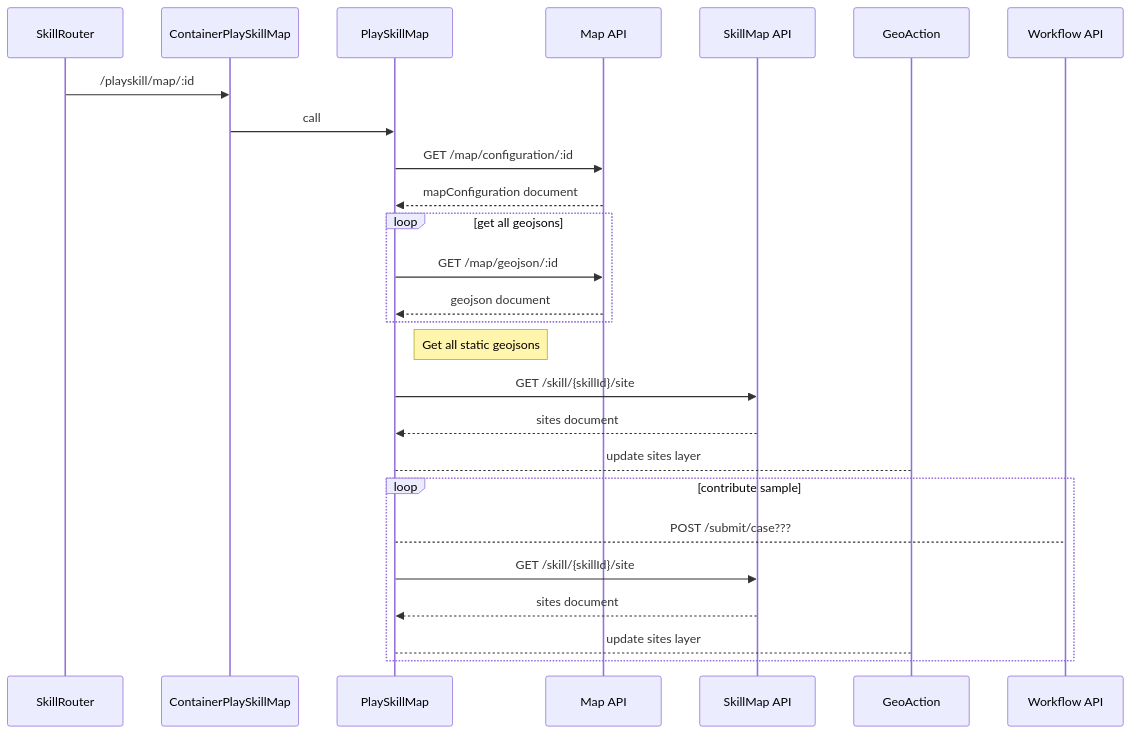
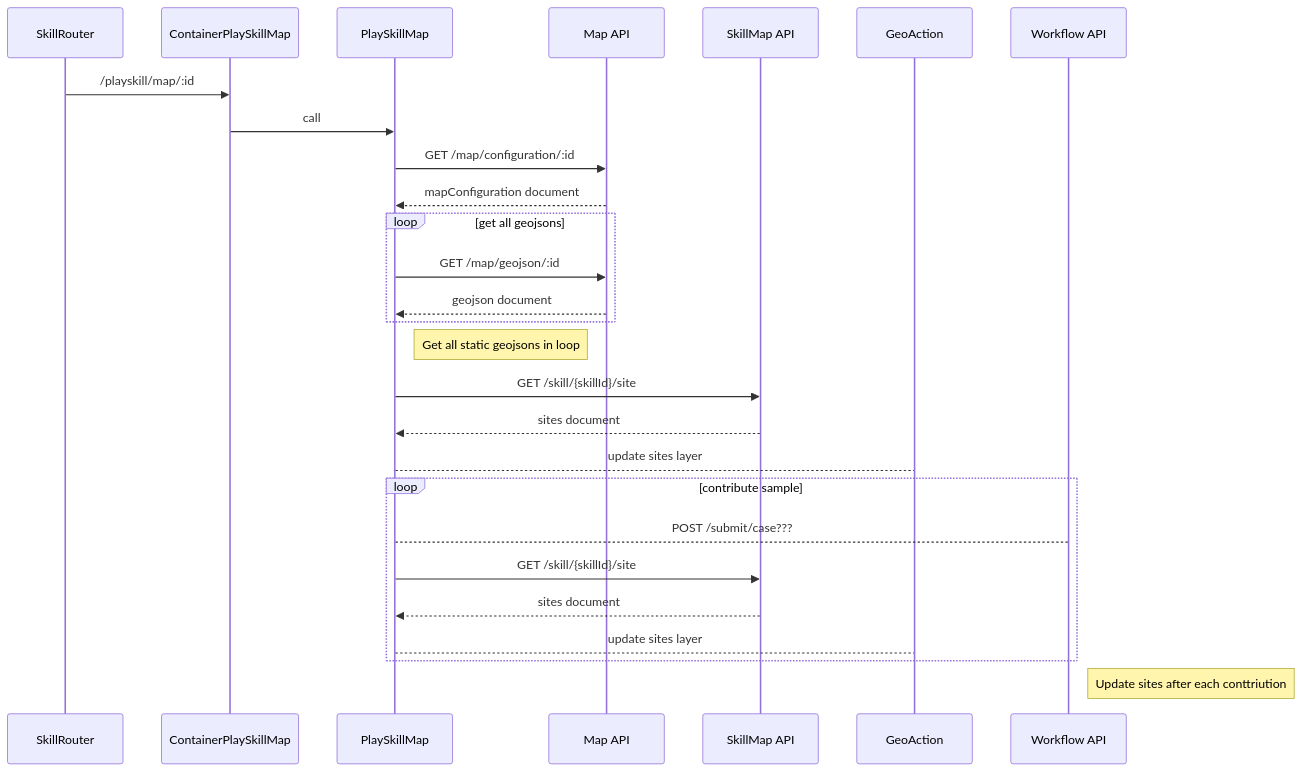
One commit to katiamar63/KnacksackProblem changed the second of 2 diagrams in README.md. Above: the diagram before and after it, drawn with Mermaid.

````diff
--- a/README.md
+++ b/README.md
@@ -80,22 +80,23 @@
 ```mermaid
 sequenceDiagram
 SkillRouter->>ContainerPlaySkillMap: /playskill/map/:id
 ContainerPlaySkillMap->>PlaySkillMap: call
 PlaySkillMap->>Map API: GET /map/configuration/:id
 Map API-->>PlaySkillMap: mapConfiguration document
 
 loop get all geojsons
 PlaySkillMap->>Map API: GET /map/geojson/:id
 Map API-->>PlaySkillMap: geojson document
 end
-Note right of PlaySkillMap: Get all static geojsons
+Note right of PlaySkillMap: Get all static geojsons in loop
 PlaySkillMap->>SkillMap API: GET /skill/{skillId}/site 
 SkillMap API-->>PlaySkillMap: sites document
 PlaySkillMap-->GeoAction: update sites layer
 loop contribute sample 
 PlaySkillMap-->Workflow API: POST /submit/case???
 PlaySkillMap->>SkillMap API: GET /skill/{skillId}/site 
 SkillMap API-->>PlaySkillMap: sites document
 PlaySkillMap-->GeoAction: update sites layer
 end
+Note right of Workflow API: Update sites after each conttriution
 ```
````
